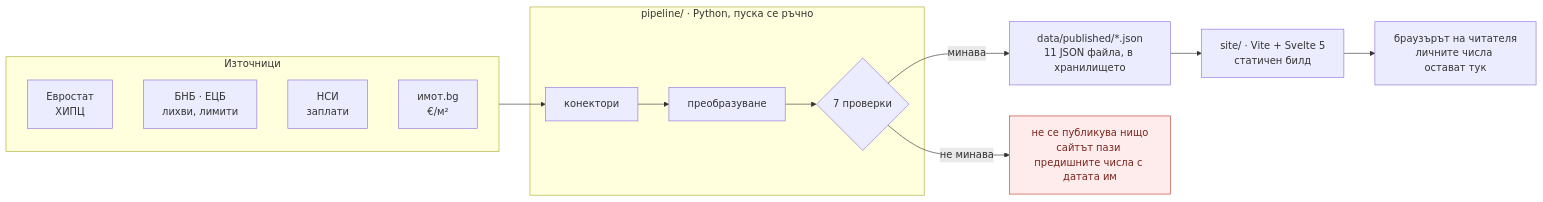
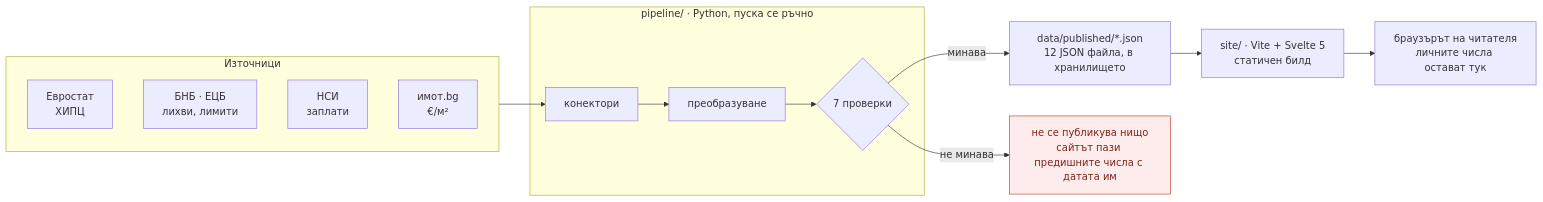
One commit to vyarno-bg/vyarno changed the diagram in README.bg.md. Above: the diagram before and after it, drawn with Mermaid. The commit also changed other lines of this file and 30 other files, not shown here.

````diff
--- a/README.bg.md
+++ b/README.bg.md
@@ -129,25 +129,25 @@
 ```mermaid
 flowchart LR
   subgraph up["Източници"]
     E["Евростат<br/>ХИПЦ"]
     B["БНБ · ЕЦБ<br/>лихви, лимити"]
     N["НСИ<br/>заплати"]
     I["имот.bg<br/>€/м²"]
   end
 
   subgraph pipe["pipeline/ · Python, пуска се ръчно"]
     C["конектори"] --> T["преобразуване"] --> G{"7 проверки"}
   end
 
-  J["data/published/*.json<br/>11 JSON файла, в хранилището"]
+  J["data/published/*.json<br/>12 JSON файла, в хранилището"]
   S["site/ · Vite + Svelte 5<br/>статичен билд"]
   U["браузърът на читателя<br/>личните числа остават тук"]
 
   up --> C
   G -->|"минава"| J
   G -->|"не минава"| X["не се публикува нищо<br/>сайтът пази предишните числа с датата им"]
   J --> S --> U
 
   classDef stop fill:#fdeceb,stroke:#c0392b,color:#7b241c;
   class X stop;
 ```
````
